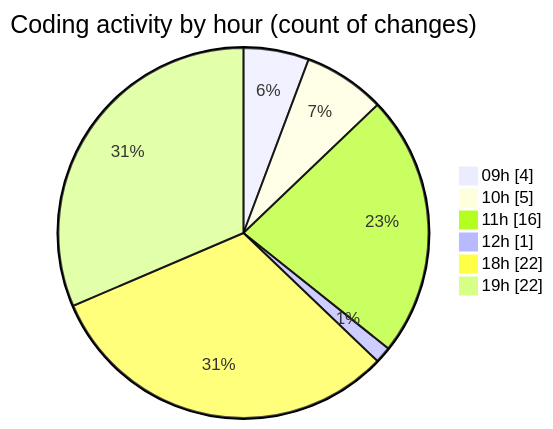
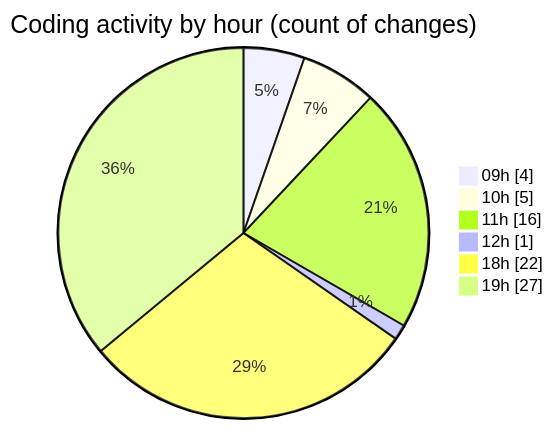
The second of 2 diagrams in 2025-04-28/cda/README.md (momahboobian/code-tracking), drawn with Mermaid before and after one commit. The commit also changed other lines of this file and 1 other file, not shown here.

````diff
--- a/2025-04-28/cda/README.md
+++ b/2025-04-28/cda/README.md
@@ -53,10 +55,10 @@
 ```mermaid
 pie showData
 title Coding activity by hour (count of changes)
 "09h" : 4
 "10h" : 5
 "11h" : 16
 "12h" : 1
 "18h" : 22
-"19h" : 22
+"19h" : 27
 ```
````
